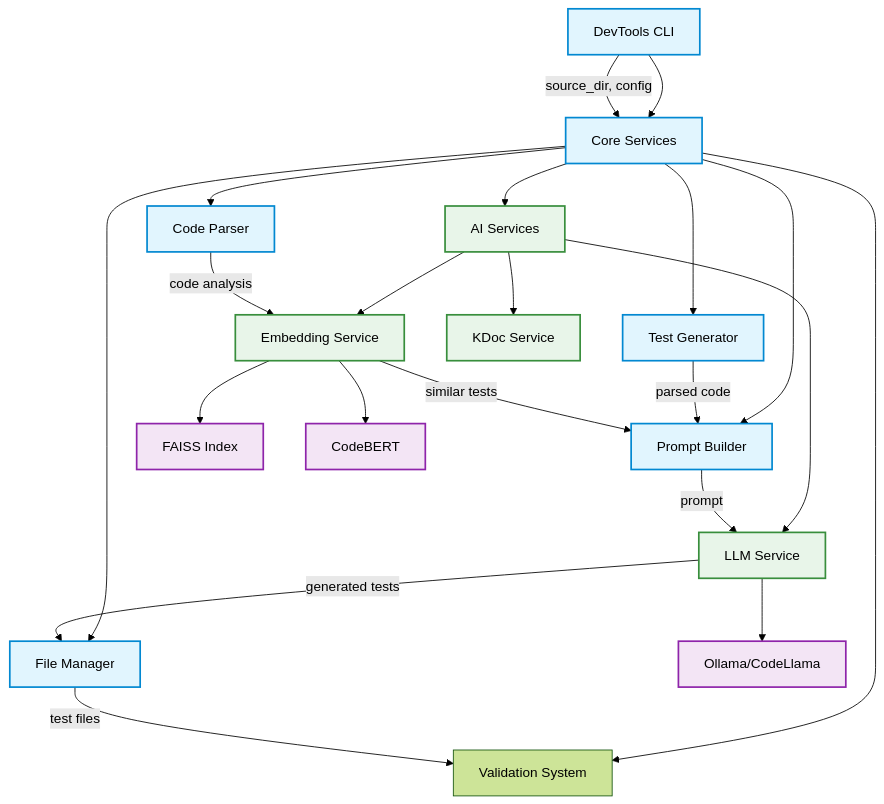
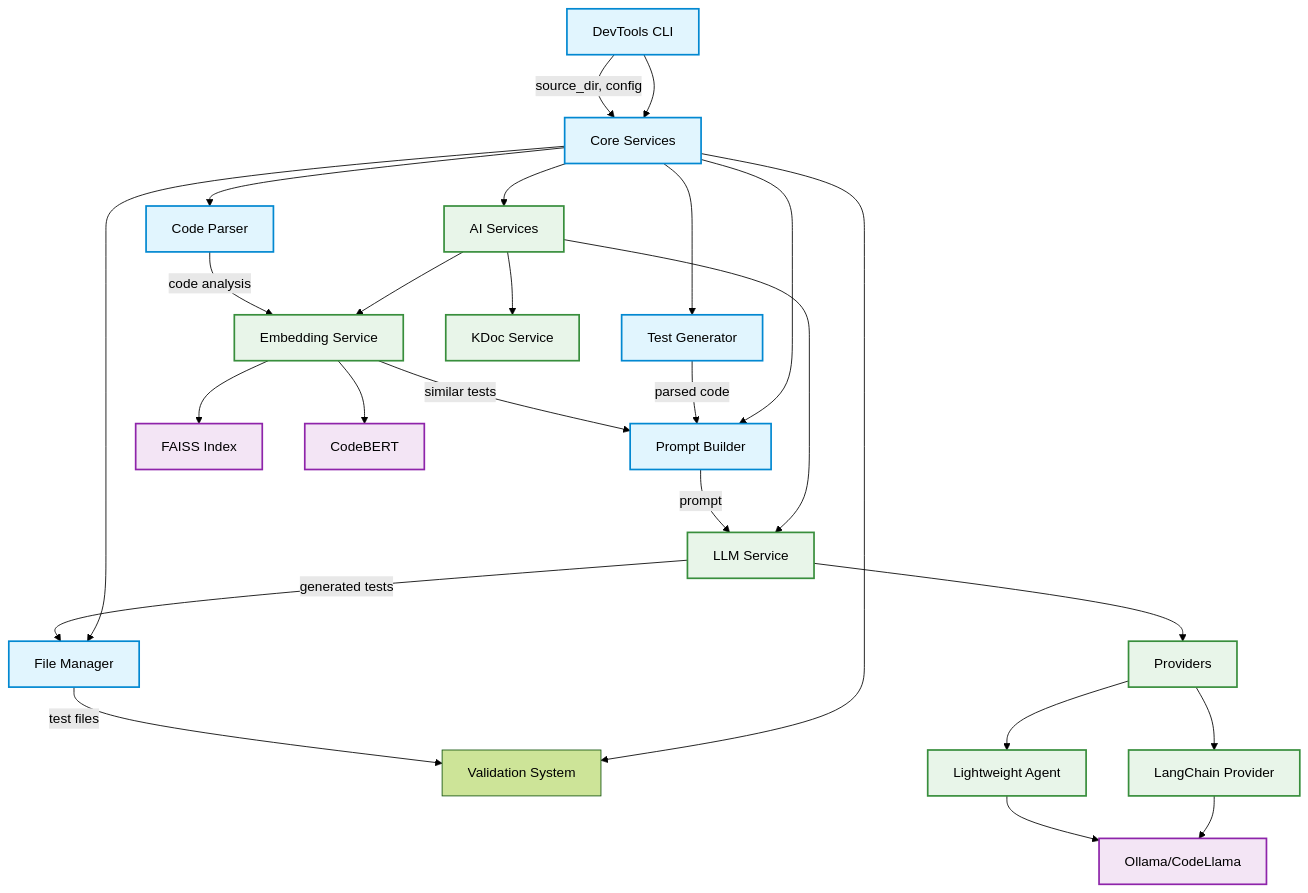
One commit to adityakamath-90/DevTools changed the first of 5 diagrams in docs/DIAGRAMS.md. Above: the diagram before and after it, drawn with Mermaid (forest theme). The commit also changed 3 other files, not shown here.

````diff
--- a/docs/DIAGRAMS.md
+++ b/docs/DIAGRAMS.md
@@ -7,40 +7,46 @@
 ```mermaid
 graph TD
     %% Main Components
     CLI[DevTools CLI] --> Core[Core Services]
     Core --> AI[AI Services]
     Core --> Validation[Validation System]
     
     %% Core Services
     Core --> TestGen[Test Generator]
     Core --> PromptBuilder[Prompt Builder]
     Core --> Parser[Code Parser]
     Core --> FileMgr[File Manager]
     
     %% AI Services
     AI --> LLM[LLM Service]
     AI --> Embedding[Embedding Service]
     AI --> KDoc[KDoc Service]
     
+    %% LLM Path Alternatives
+    LLM --> Providers[Providers]
+    Providers --> LC[LangChain Provider]
+    Providers --> LA[Lightweight Agent]
+    LC --> Ollama[Ollama/CodeLlama]
+    LA --> Ollama
+    
     %% External Dependencies
-    LLM --> Ollama[Ollama/CodeLlama]
     Embedding --> FAISS[FAISS Index]
     Embedding --> CodeBERT[CodeBERT]
     
     %% Data Flow
     CLI -->|source_dir, config| Core
     TestGen -->|parsed code| PromptBuilder
     PromptBuilder -->|prompt| LLM
     LLM -->|generated tests| FileMgr
     Parser -->|code analysis| Embedding
     Embedding -->|similar tests| PromptBuilder
     FileMgr -->|test files| Validation
     
     classDef component fill:#e1f5fe,stroke:#0288d1,stroke-width:2px
     classDef service fill:#e8f5e9,stroke:#388e3c,stroke-width:2px
     classDef external fill:#f3e5f5,stroke:#8e24aa,stroke-width:2px
     
     class CLI,Core,TestGen,PromptBuilder,Parser,FileMgr component
-    class AI,LLM,Embedding,KDoc service
+    class AI,LLM,Embedding,KDoc,Providers,LC,LA service
     class Ollama,FAISS,CodeBERT external
 ```
````
